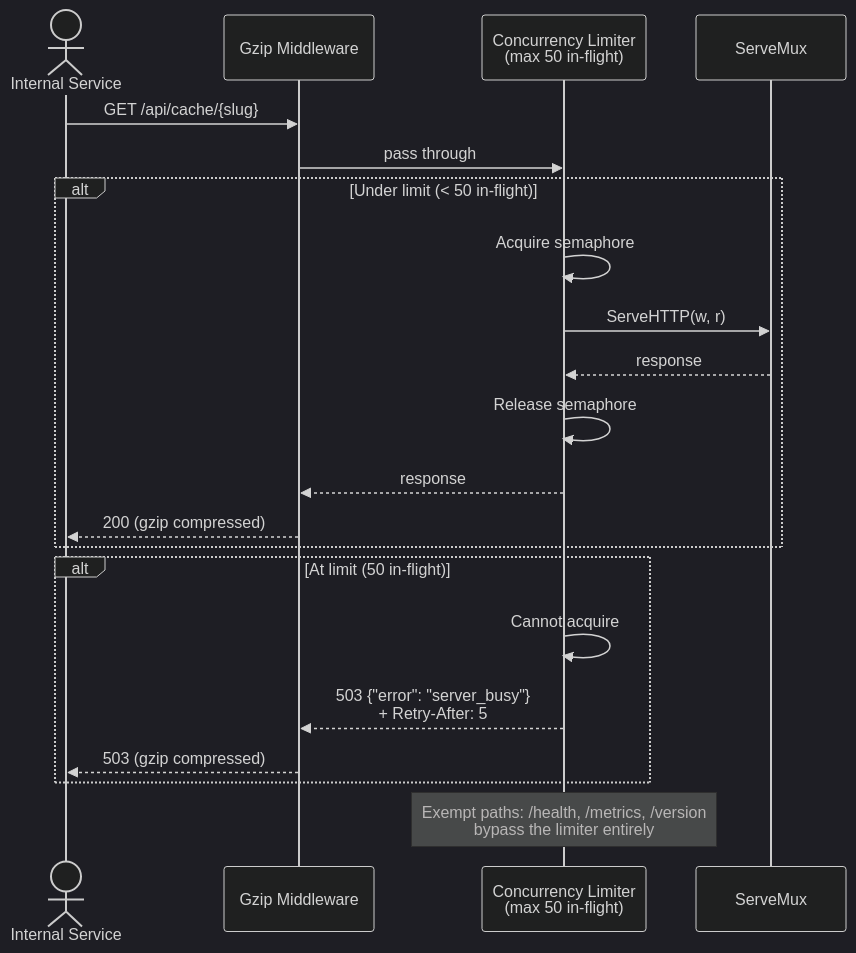
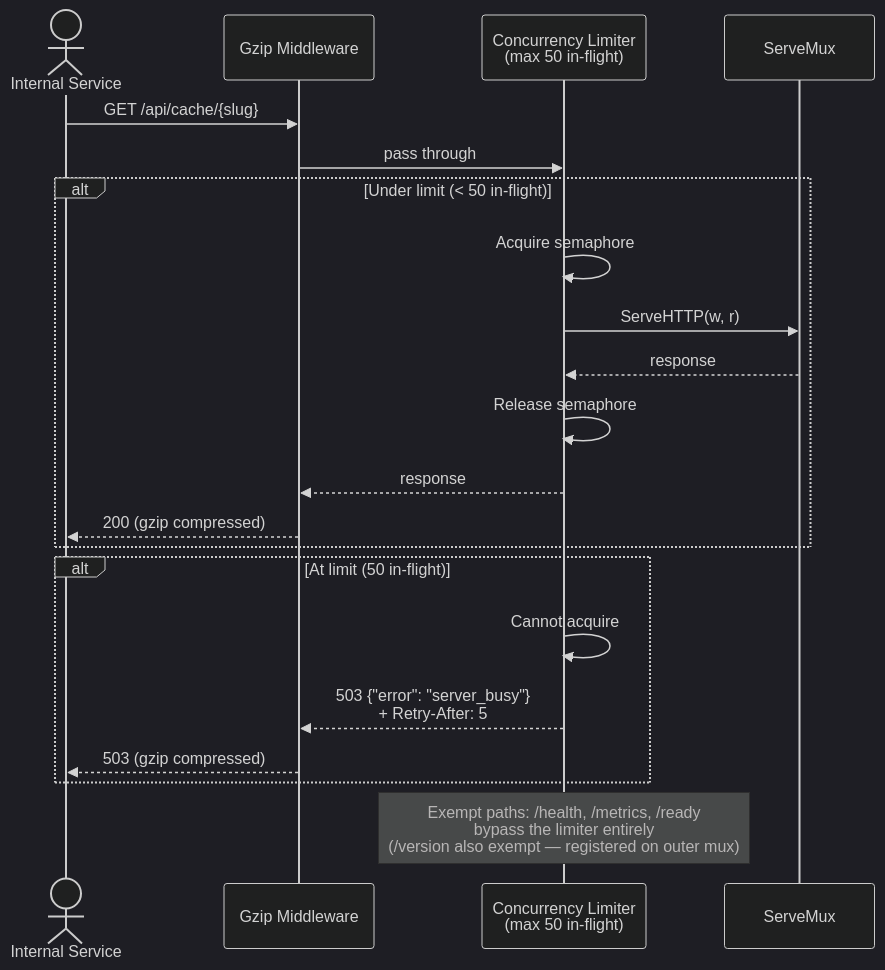
The fourth of 18 diagrams in docs/sequence-diagram.md (finish06/cash-drugs), drawn with Mermaid (dark theme) before and after one commit. The commit also changed 8 other files, not shown here.

````diff
--- a/docs/sequence-diagram.md
+++ b/docs/sequence-diagram.md
@@ -156,27 +156,27 @@
 ```mermaid
 sequenceDiagram
     actor Client as Internal Service
     participant GZ as Gzip Middleware
     participant LIM as Concurrency Limiter<br/>(max 50 in-flight)
     participant MUX as ServeMux
 
     Client->>GZ: GET /api/cache/{slug}
     GZ->>LIM: pass through
 
     alt Under limit (< 50 in-flight)
         LIM->>LIM: Acquire semaphore
         LIM->>MUX: ServeHTTP(w, r)
         MUX-->>LIM: response
         LIM->>LIM: Release semaphore
         LIM-->>GZ: response
         GZ-->>Client: 200 (gzip compressed)
     end
 
     alt At limit (50 in-flight)
         LIM->>LIM: Cannot acquire
         LIM-->>GZ: 503 {"error": "server_busy"}<br/>+ Retry-After: 5
         GZ-->>Client: 503 (gzip compressed)
     end
 
-    Note over LIM: Exempt paths: /health, /metrics, /version<br/>bypass the limiter entirely
+    Note over LIM: Exempt paths: /health, /metrics, /ready<br/>bypass the limiter entirely<br/>(/version also exempt — registered on outer mux)
 ```
````
